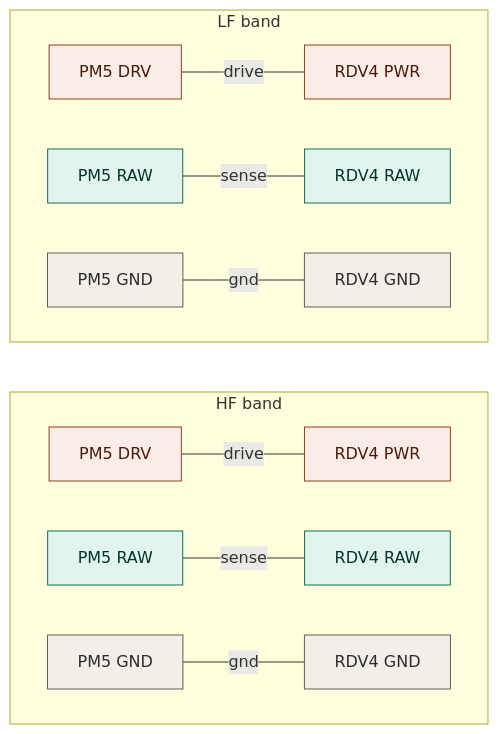
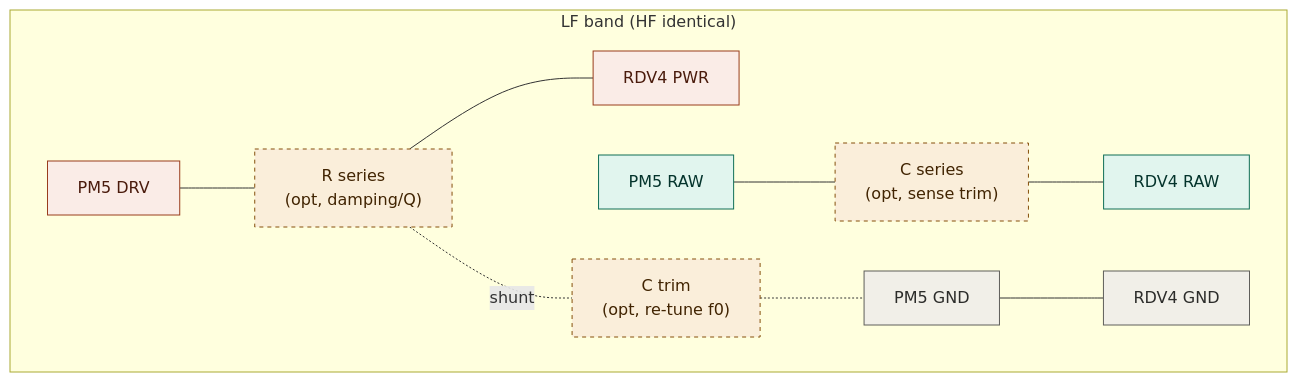
One commit to nemanjan00/pm5-rdv4-antenna-adapter changed the second of 2 diagrams in README.md. Above: the diagram before and after it, drawn with Mermaid. The commit also changed other lines of this file, not shown here.

Commit message:
Show passive footprints explicitly; add drive-first matching rationale

````diff
--- a/README.md
+++ b/README.md
@@ -149,23 +163,20 @@
 ```mermaid
 flowchart LR
-    subgraph HF["HF band"]
+    subgraph LF["LF band (HF identical)"]
         direction LR
-        P_HDRV["PM5 DRV"] ---|"drive"| R_HDRV["RDV4 PWR"]
-        P_HRAW["PM5 RAW"] ---|"sense"| R_HRAW["RDV4 RAW"]
-        P_HGND["PM5 GND"] ---|"gnd"| R_HGND["RDV4 GND"]
-    end
-
-    subgraph LF["LF band"]
-        direction LR
-        P_LDRV["PM5 DRV"] ---|"drive"| R_LDRV["RDV4 PWR"]
-        P_LRAW["PM5 RAW"] ---|"sense"| R_LRAW["RDV4 RAW"]
-        P_LGND["PM5 GND"] ---|"gnd"| R_LGND["RDV4 GND"]
+        P_DRV["PM5 DRV"] --- RS["R series<br/>(opt, damping/Q)"] --- R_DRV["RDV4 PWR"]
+        P_RAW["PM5 RAW"] --- CS["C series<br/>(opt, sense trim)"] --- R_RAW["RDV4 RAW"]
+        P_GND["PM5 GND"] --- R_GND["RDV4 GND"]
+        RS -.-|"shunt"| CT["C trim<br/>(opt, re-tune f0)"]
+        CT -.- P_GND
     end
 
     classDef drv fill:#FAECE7,stroke:#993C1D,color:#4A1B0C;
     classDef raw fill:#E1F5EE,stroke:#0F6E56,color:#04342C;
     classDef gnd fill:#F1EFE8,stroke:#5F5E5A,color:#2C2C2A;
-    class P_HDRV,R_HDRV,P_LDRV,R_LDRV drv;
-    class P_HRAW,R_HRAW,P_LRAW,R_LRAW raw;
-    class P_HGND,R_HGND,P_LGND,R_LGND gnd;
+    classDef opt fill:#FAEEDA,stroke:#854F0B,color:#412402,stroke-dasharray:4 4;
+    class P_DRV,R_DRV drv;
+    class P_RAW,R_RAW raw;
+    class P_GND,R_GND gnd;
+    class RS,CS,CT opt;
 ```
````
